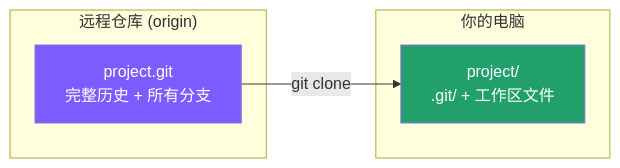
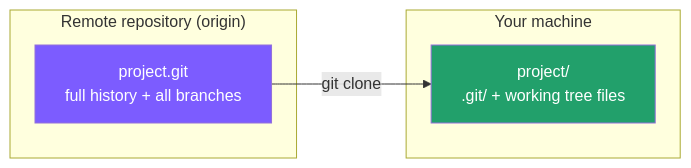
Before and after one commit to kelvinlee97/engineering: the diagram in Git/clone/README.md, drawn with Mermaid. The commit also changed other lines of this file and 16 other files, not shown here.

First line of the commit message:
fix: conform Git tutorial to bilingual + Mermaid accessibility contract

````diff
--- a/Git/clone/README.md
+++ b/Git/clone/README.md
@@ -9,13 +11,15 @@
 ```mermaid
 flowchart LR
-    subgraph GitHub["远程仓库 (origin)"]
-        R[project.git<br/>完整历史 + 所有分支]
+    accTitle: git clone copies a remote repository locally
+    accDescr: The remote repository, origin, holds the full history and every branch. Running git clone copies it entirely onto your machine, producing a local repository with a .git directory plus a working tree of files.
+    subgraph GitHub["Remote repository (origin)"]
+        R[project.git<br/>full history + all branches]
     end
-    subgraph Local["你的电脑"]
-        L[project/<br/>.git/ + 工作区文件]
+    subgraph Local["Your machine"]
+        L[project/<br/>.git/ + working tree files]
     end
     R -- "git clone <url>" --> L
 
     style R fill:#7c5cff,color:#fff
     style L fill:#22a06b,color:#fff
 ```
````
